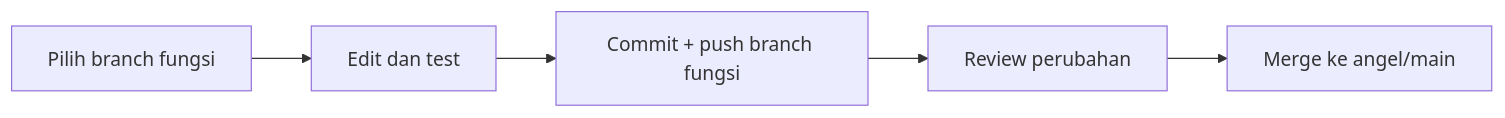
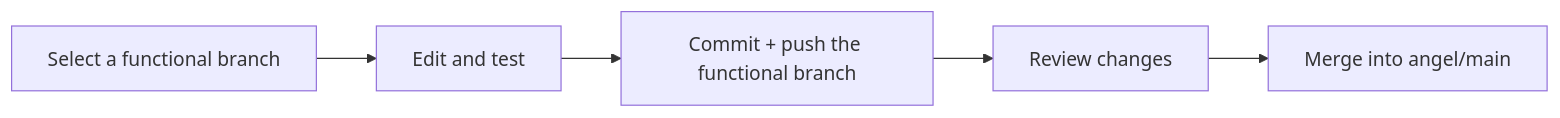
Before and after one commit to angelinemar/NSTC-Surgical-Instrument-Pick-Place: the second of 2 diagrams in docs/BRANCHES.md, drawn with Mermaid. The commit also changed other lines of this file and 10 other files, not shown here.

Commit message:
Translate reader-facing documentation and diagrams into English

````diff
--- a/docs/BRANCHES.md
+++ b/docs/BRANCHES.md
@@ -48,7 +47,7 @@
 ```mermaid
 flowchart LR
-    A["Pilih branch fungsi"] --> B["Edit dan test"]
-    B --> C["Commit + push branch fungsi"]
-    C --> D["Review perubahan"]
-    D --> E["Merge ke angel/main"]
+    A["Select a functional branch"] --> B["Edit and test"]
+    B --> C["Commit + push the functional branch"]
+    C --> D["Review changes"]
+    D --> E["Merge into angel/main"]
 ```
````
